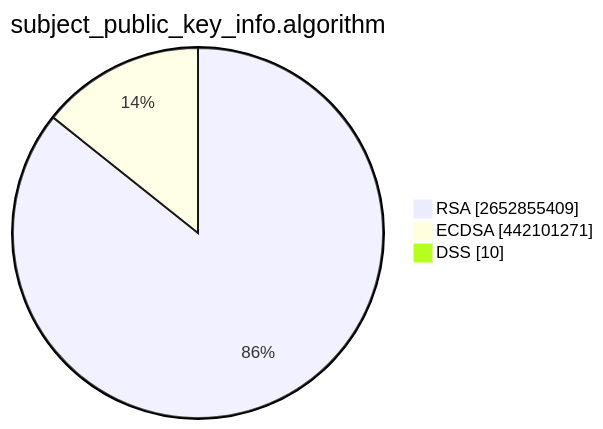
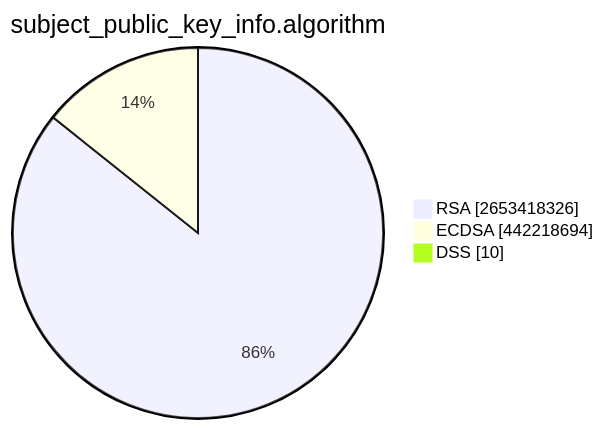
One commit to christiankrug/ctmonitor_visualization changed the second of 15 diagrams in TOTAL/README.md. Above: the diagram before and after it, drawn with Mermaid. The commit also changed other lines of this file, not shown here.

````diff
--- a/TOTAL/README.md
+++ b/TOTAL/README.md
@@ -6,7 +6,7 @@
 ```mermaid
 pie showData
 title subject_public_key_info.algorithm
-"RSA" :2652855409
-"ECDSA" :442101271
+"RSA" :2653418326
+"ECDSA" :442218694
 "DSS" :10
 ```
````
